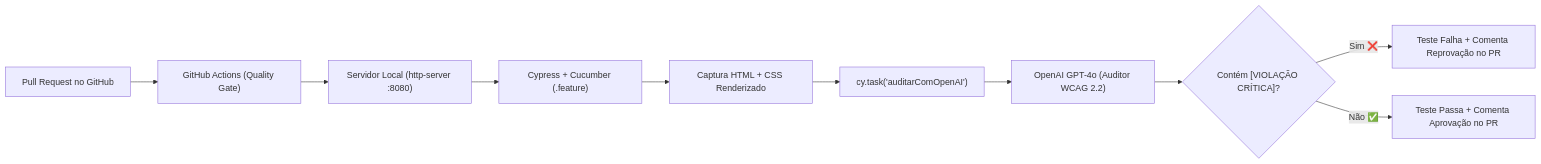
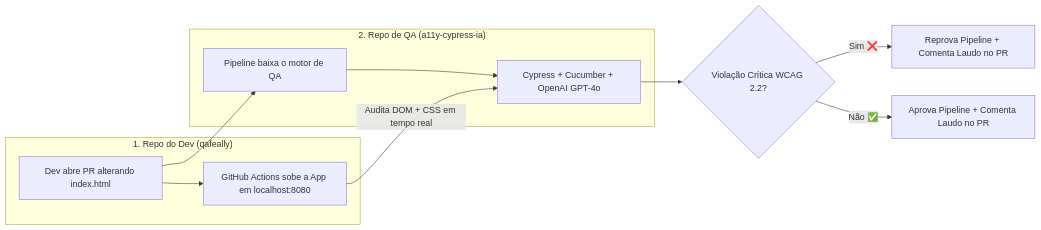
One commit to AngeloFDiasGTech/qafeally changed the diagram in README.md. Above: the diagram before and after it, drawn with Mermaid. The commit also changed other lines of this file and 9 other files, not shown here.

Commit message:
refactor: separa motor de testes para o repo externo AngeloFDiasGTech/a11y-cypress-ia

````diff
--- a/README.md
+++ b/README.md
@@ -14,12 +20,20 @@
 ```mermaid
 flowchart LR
-    PR["Pull Request no GitHub"] --> GA["GitHub Actions (Quality Gate)"]
-    GA --> Server["Servidor Local (http-server :8080)"]
-    Server --> Cy["Cypress + Cucumber (.feature)"]
-    Cy --> DOM["Captura HTML + CSS Renderizado"]
-    DOM --> Task["cy.task('auditarComOpenAI')"]
-    Task --> AI["OpenAI GPT-4o (Auditor WCAG 2.2)"]
-    AI -->Veredito{"Contém [VIOLAÇÃO CRÍTICA]?"}
-    Veredito -- "Sim ❌" --> Fail["Teste Falha + Comenta Reprovação no PR"]
-    Veredito -- "Não ✅" --> Pass["Teste Passa + Comenta Aprovação no PR"]
+    subgraph RepoDev["1. Repo do Dev (qafeally)"]
+        PR["Dev abre PR alterando index.html"]
+        App["GitHub Actions sobe a App em localhost:8080"]
+    end
+
+    subgraph RepoQA["2. Repo de QA (a11y-cypress-ia)"]
+        CheckoutQA["Pipeline baixa o motor de QA"]
+        Cypress["Cypress + Cucumber + OpenAI GPT-4o"]
+    end
+
+    PR --> App
+    PR --> CheckoutQA
+    CheckoutQA --> Cypress
+    App -- "Audita DOM + CSS em tempo real" --> Cypress
+    Cypress --> Veredito{"Violação Crítica WCAG 2.2?"}
+    Veredito -- "Sim ❌" --> Block["Reprova Pipeline + Comenta Laudo no PR"]
+    Veredito -- "Não ✅" --> Pass["Aprova Pipeline + Comenta Laudo no PR"]
 ```
````
